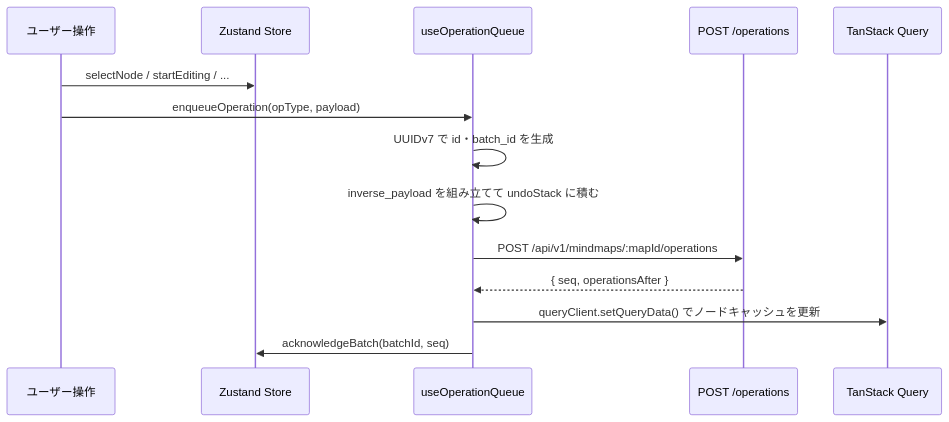
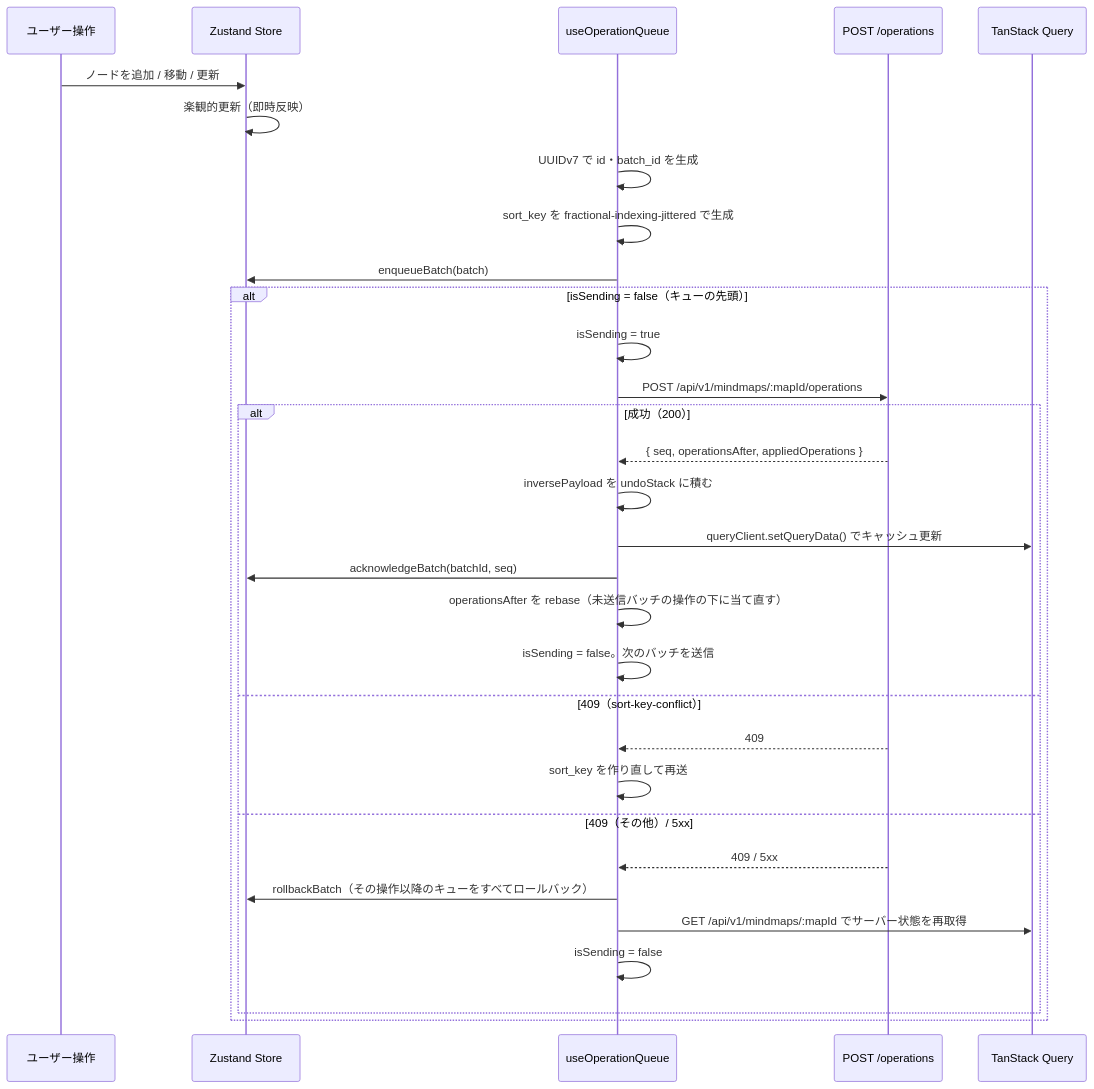
The third of 6 diagrams in .kiro/specs/map/design.md (skajihara/thinkronos), drawn with Mermaid before and after one commit. The commit also changed other lines of this file and 1 other file, not shown here.

First line of the commit message:
docs: revise the map design and add requirements

````diff
--- a/.kiro/specs/map/design.md
+++ b/.kiro/specs/map/design.md
@@ -287,17 +319,35 @@
 ```mermaid
 sequenceDiagram
     participant User as ユーザー操作
     participant Store as Zustand Store
     participant Queue as useOperationQueue
     participant Server as POST /operations
     participant TQ as TanStack Query
 
-    User->>Store: selectNode / startEditing / ...
-    User->>Queue: enqueueOperation(opType, payload)
+    User->>Store: ノードを追加 / 移動 / 更新
+    Store->>Store: 楽観的更新（即時反映）
     Queue->>Queue: UUIDv7 で id・batch_id を生成
-    Queue->>Queue: inverse_payload を組み立てて undoStack に積む
-    Queue->>Server: POST /api/v1/mindmaps/:mapId/operations
-    Server-->>Queue: { seq, operationsAfter }
-    Queue->>TQ: queryClient.setQueryData() でノードキャッシュを更新
-    Queue->>Store: acknowledgeBatch(batchId, seq)
+    Queue->>Queue: sort_key を fractional-indexing-jittered で生成
+    Queue->>Store: enqueueBatch(batch)
+
+    alt isSending = false（キューの先頭）
+        Queue->>Queue: isSending = true
+        Queue->>Server: POST /api/v1/mindmaps/:mapId/operations
+        alt 成功（200）
+            Server-->>Queue: { seq, operationsAfter, appliedOperations }
+            Queue->>Queue: inversePayload を undoStack に積む
+            Queue->>TQ: queryClient.setQueryData() でキャッシュ更新
+            Queue->>Store: acknowledgeBatch(batchId, seq)
+            Queue->>Queue: operationsAfter を rebase（未送信バッチの操作の下に当て直す）
+            Queue->>Queue: isSending = false。次のバッチを送信
+        else 409（sort-key-conflict）
+            Server-->>Queue: 409
+            Queue->>Queue: sort_key を作り直して再送
+        else 409（その他）/ 5xx
+            Server-->>Queue: 409 / 5xx
+            Queue->>Store: rollbackBatch（その操作以降のキューをすべてロールバック）
+            Queue->>TQ: GET /api/v1/mindmaps/:mapId でサーバー状態を再取得
+            Queue->>Queue: isSending = false
+        end
+    end
 ```
````
